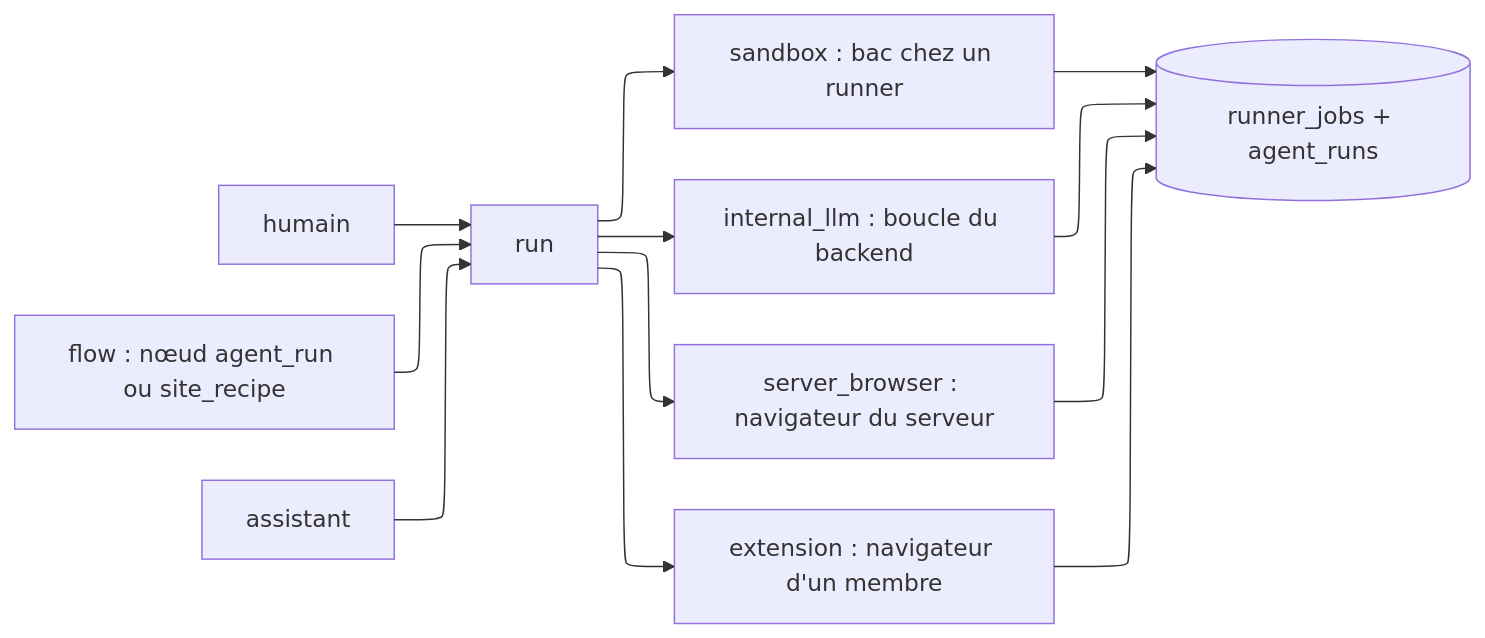
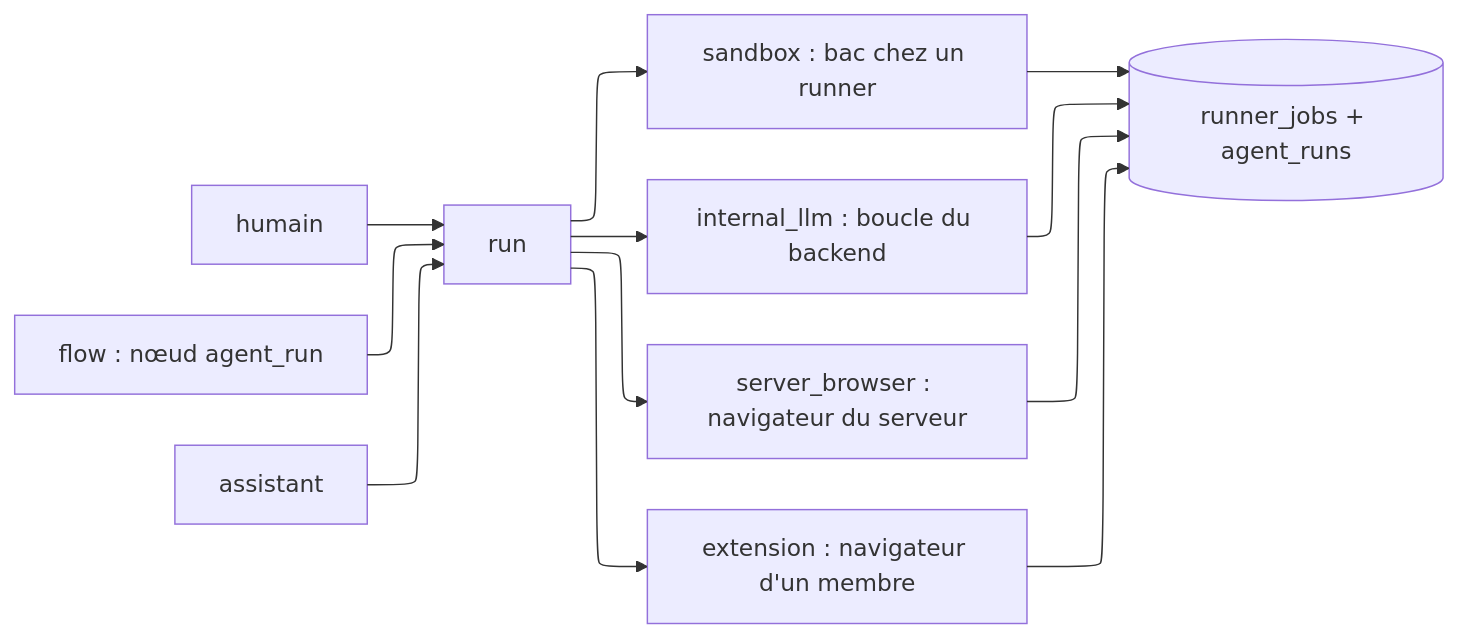
One commit to Pnex/pnex-rs changed the second of 20 diagrams in docs/architecture/agents.md. Above: the diagram before and after it, drawn with Mermaid. The commit also changed other lines of this file and 44 other files, not shown here.

First line of the commit message:
feat(flows)!: agent_run plays website rules, site_recipe node removed (D786)

````diff
--- a/docs/architecture/agents.md
+++ b/docs/architecture/agents.md
@@ -51,18 +51,18 @@
 ```mermaid
 ---
 config:
   layout: elk
 ---
 flowchart LR
   h[humain] --> run[run]
-  f[flow : nœud agent_run ou site_recipe] --> run
+  f[flow : nœud agent_run] --> run
   a[assistant] --> run
   run --> sb[sandbox : bac chez un runner]
   run --> il[internal_llm : boucle du backend]
   run --> sbw[server_browser : navigateur du serveur]
   run --> ext[extension : navigateur d'un membre]
   sb --> j[(runner_jobs + agent_runs)]
   il --> j
   sbw --> j
   ext --> j
 ```
````
